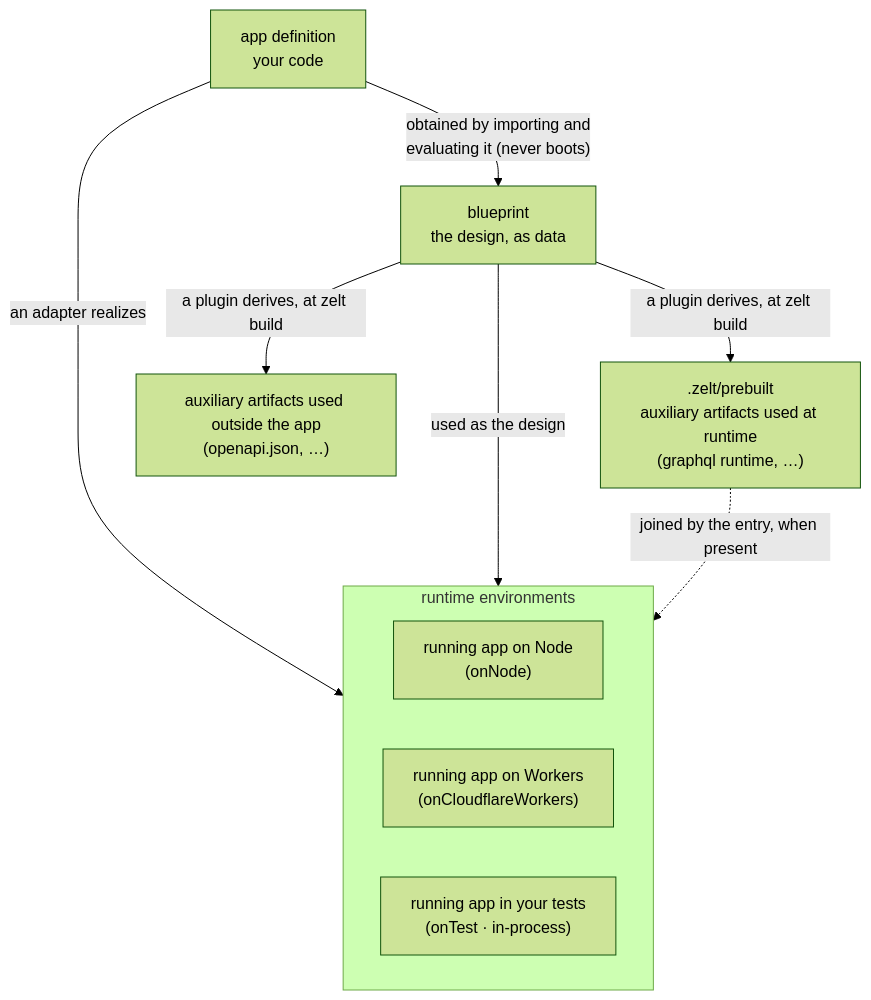
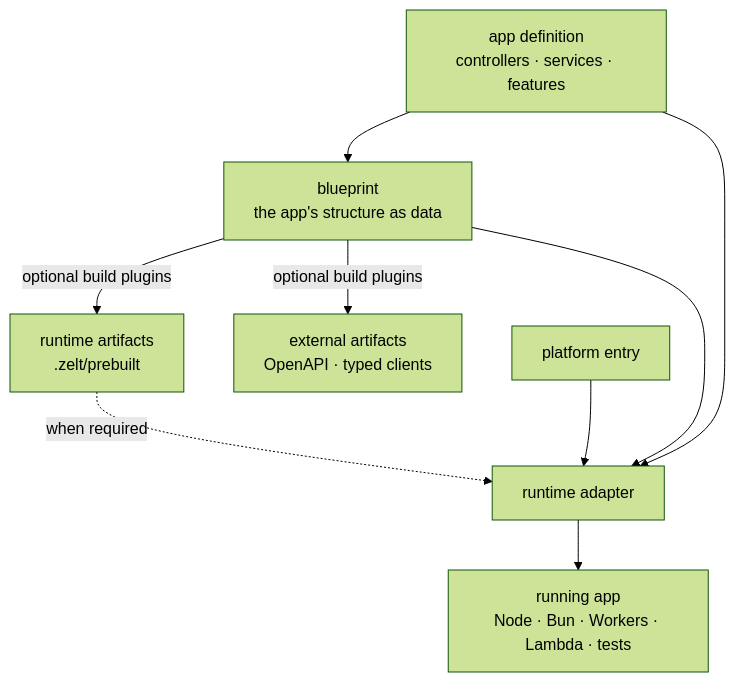
The first of 2 diagrams in website/docs/big-picture.md (zeltjs/zelt), drawn with Mermaid (forest theme) before and after one commit. The commit also changed other lines of this file and 21 other files, not shown here.

````diff
--- a/website/docs/big-picture.md
+++ b/website/docs/big-picture.md
@@ -15,17 +17,12 @@
 ```mermaid
 flowchart TD
-  APP["app definition<br/>your code"]
-  APP -- "obtained by importing and<br/>evaluating it (never boots)" --> BP["blueprint<br/>the design, as data"]
-  BP -- "a plugin derives, at zelt build" --> PRE[".zelt/prebuilt<br/>auxiliary artifacts used at runtime<br/>(graphql runtime, …)"]
-  BP -- "a plugin derives, at zelt build" --> EXT["auxiliary artifacts used outside the app<br/>(openapi.json, …)"]
-
-  subgraph ENVS["runtime environments"]
-    NLIVE["running app on Node<br/>(onNode)"]
-    WLIVE["running app on Workers<br/>(onCloudflareWorkers)"]
-    TLIVE["running app in your tests<br/>(onTest · in-process)"]
-  end
-
-  APP -- "an adapter realizes" --> ENVS
-  BP -- "used as the design" --> ENVS
-  PRE -. "joined by the entry, when present" .-> ENVS
+  APP["app definition<br/>controllers · services · features"]
+  APP --> BP["blueprint<br/>the app's structure as data"]
+  BP -- "optional build plugins" --> PRE["runtime artifacts<br/>.zelt/prebuilt"]
+  BP -- "optional build plugins" --> EXT["external artifacts<br/>OpenAPI · typed clients"]
+  ENTRY["platform entry"] --> ADAPTER["runtime adapter"]
+  APP --> ADAPTER
+  BP --> ADAPTER
+  PRE -. "when required" .-> ADAPTER
+  ADAPTER --> LIVE["running app<br/>Node · Bun · Workers · Lambda · tests"]
 ```
````
